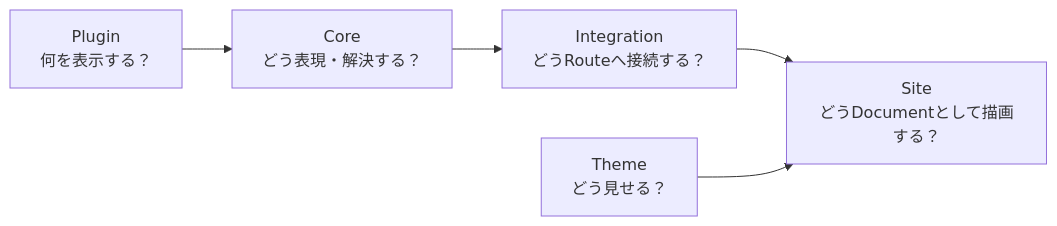
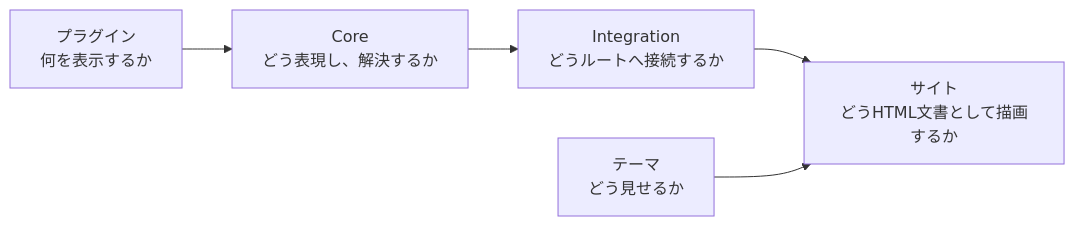
Diagram 14 of 14 in docs/docs/framework/page-system.ja.md (Rerurate514/riebeckite), drawn with Mermaid before and after one commit. The commit also changed other lines of this file and 310 other files, not shown here.

````diff
--- a/docs/docs/framework/page-system.ja.md
+++ b/docs/docs/framework/page-system.ja.md
@@ -506,13 +450,13 @@
 ```mermaid id="o60md4"
 flowchart LR
-    Plugin["Plugin<br/>何を表示する？"]
-    Core["Core<br/>どう表現・解決する？"]
-    Integration["Integration<br/>どうRouteへ接続する？"]
-    Site["Site<br/>どうDocumentとして描画する？"]
-    Theme["Theme<br/>どう見せる？"]
+    Plugin["プラグイン<br/>何を表示するか"]
+    Core["Core<br/>どう表現し、解決するか"]
+    Integration["Integration<br/>どうルートへ接続するか"]
+    Site["サイト<br/>どうHTML文書として描画するか"]
+    Theme["テーマ<br/>どう見せるか"]
 
     Plugin --> Core
     Core --> Integration
     Integration --> Site
     Theme --> Site
 ```
````
